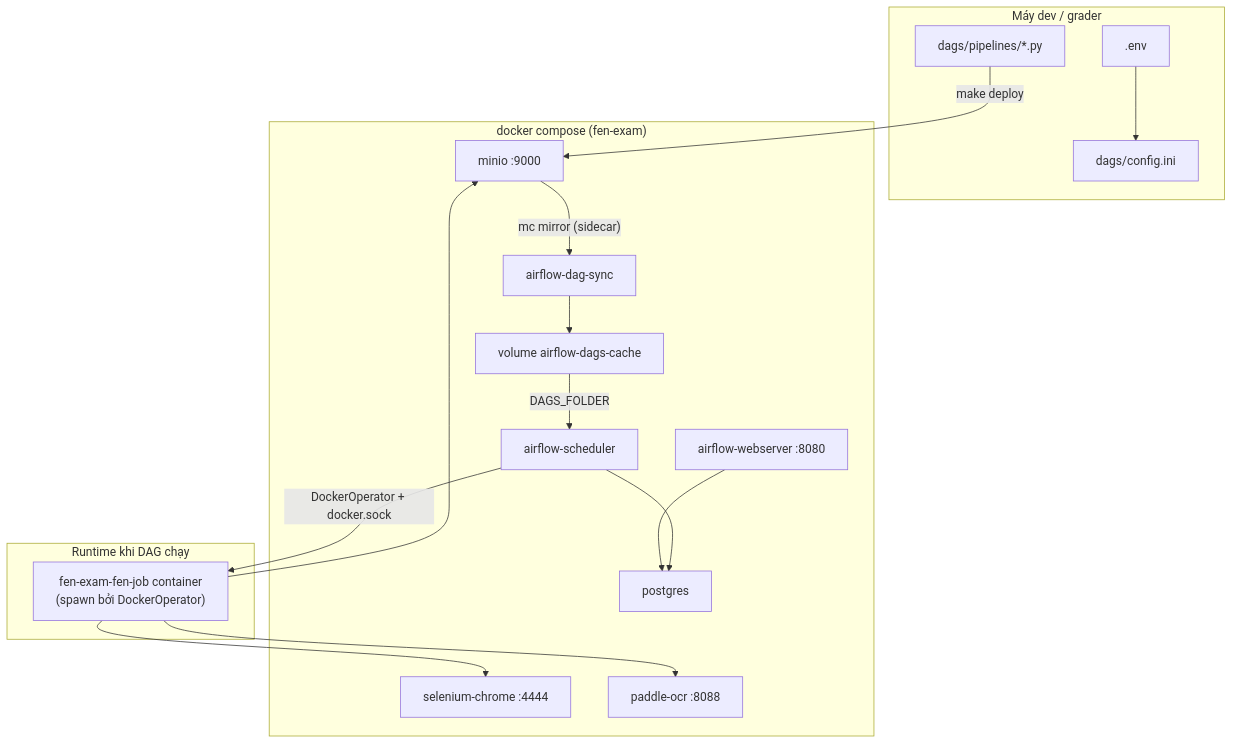
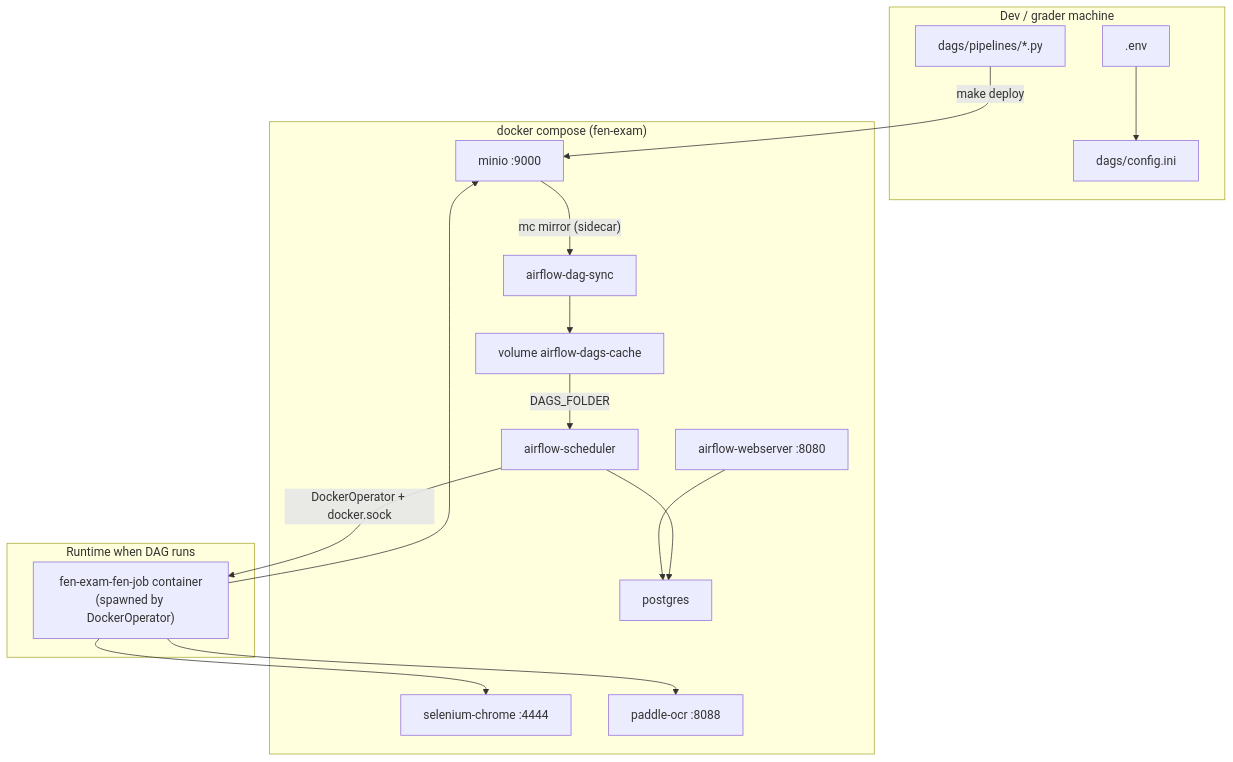
One commit to tuancaokaizen/hcmus_nlp_final_exam changed the first of 4 diagrams in docs/PIPELINE_BUILD_DEPLOY_RUN.md. Above: the diagram before and after it, drawn with Mermaid. The commit also changed other lines of this file and 6 other files, not shown here.

````diff
--- a/docs/PIPELINE_BUILD_DEPLOY_RUN.md
+++ b/docs/PIPELINE_BUILD_DEPLOY_RUN.md
@@ -11,35 +11,35 @@
 ```mermaid
 graph TB
-  subgraph host["Máy dev / grader"]
+  subgraph host["Dev / grader machine"]
     ENV[".env"]
     CFG["dags/config.ini"]
     DAGS["dags/pipelines/*.py"]
   end
 
   subgraph compose["docker compose (fen-exam)"]
     AF_WEB["airflow-webserver :8080"]
     AF_SCH["airflow-scheduler"]
     SYNC["airflow-dag-sync"]
     PG["postgres"]
     MINIO["minio :9000"]
     SEL["selenium-chrome :4444"]
     PADDLE["paddle-ocr :8088"]
     CACHE["volume airflow-dags-cache"]
   end
 
-  subgraph runtime["Runtime khi DAG chạy"]
-    FJ["fen-exam-fen-job container<br/>(spawn bởi DockerOperator)"]
+  subgraph runtime["Runtime when DAG runs"]
+    FJ["fen-exam-fen-job container<br/>(spawned by DockerOperator)"]
   end
 
   ENV --> CFG
   DAGS -->|"make deploy"| MINIO
   MINIO -->|"mc mirror (sidecar)"| SYNC
   SYNC --> CACHE
   CACHE -->|"DAGS_FOLDER"| AF_SCH
   AF_SCH -->|"DockerOperator + docker.sock"| FJ
   FJ --> MINIO
   FJ --> SEL
   FJ --> PADDLE
   AF_WEB --> PG
   AF_SCH --> PG
 ```
````
